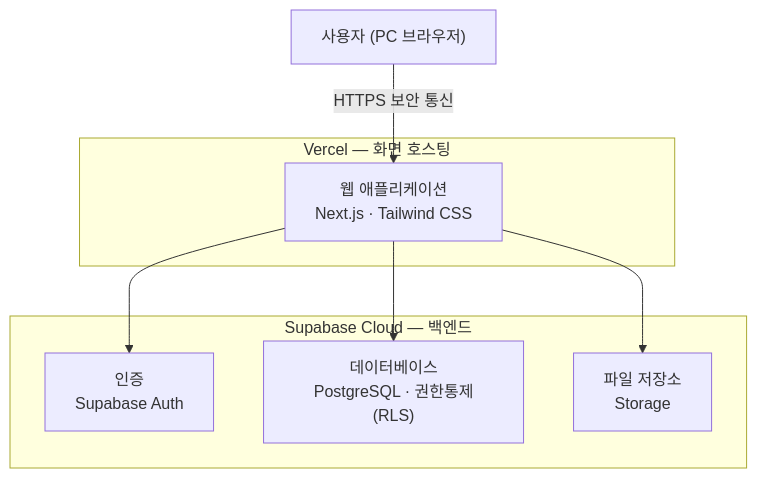
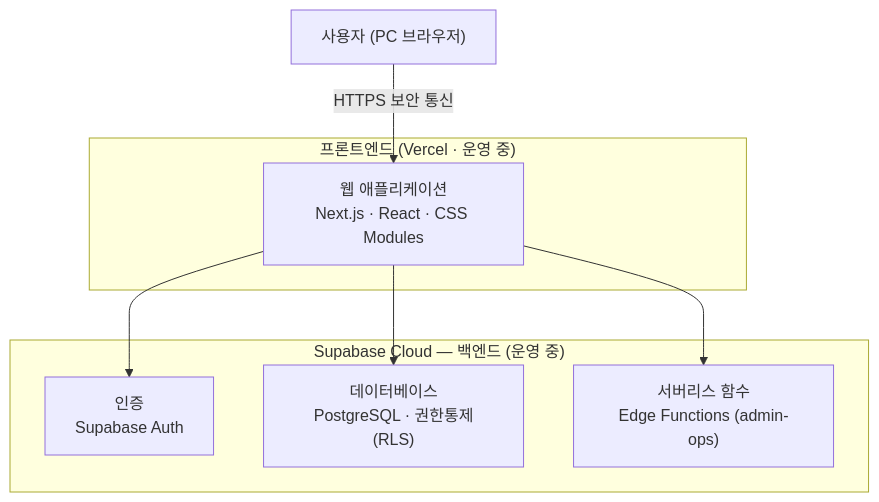
Before and after one commit to nskfn02/Jaepil_ERP: the diagram in docs/tech_stack.md, drawn with Mermaid. The commit also changed other lines of this file and 142 other files, not shown here.

````diff
--- a/docs/tech_stack.md
+++ b/docs/tech_stack.md
@@ -12,19 +13,19 @@
 ```mermaid
 flowchart TB
     User["사용자 (PC 브라우저)"]
 
-    subgraph Vercel["Vercel — 화면 호스팅"]
-        Web["웹 애플리케이션<br/>Next.js · Tailwind CSS"]
+    subgraph Front["프론트엔드 (Vercel · 운영 중)"]
+        Web["웹 애플리케이션<br/>Next.js · React · CSS Modules"]
     end
 
-    subgraph Supabase["Supabase Cloud — 백엔드"]
+    subgraph Supabase["Supabase Cloud — 백엔드 (운영 중)"]
         Auth["인증<br/>Supabase Auth"]
         DB["데이터베이스<br/>PostgreSQL · 권한통제(RLS)"]
-        Storage["파일 저장소<br/>Storage"]
+        Edge["서버리스 함수<br/>Edge Functions (admin-ops)"]
     end
 
     User -->|HTTPS 보안 통신| Web
     Web --> Auth
     Web --> DB
-    Web --> Storage
+    Web --> Edge
 ```
````
